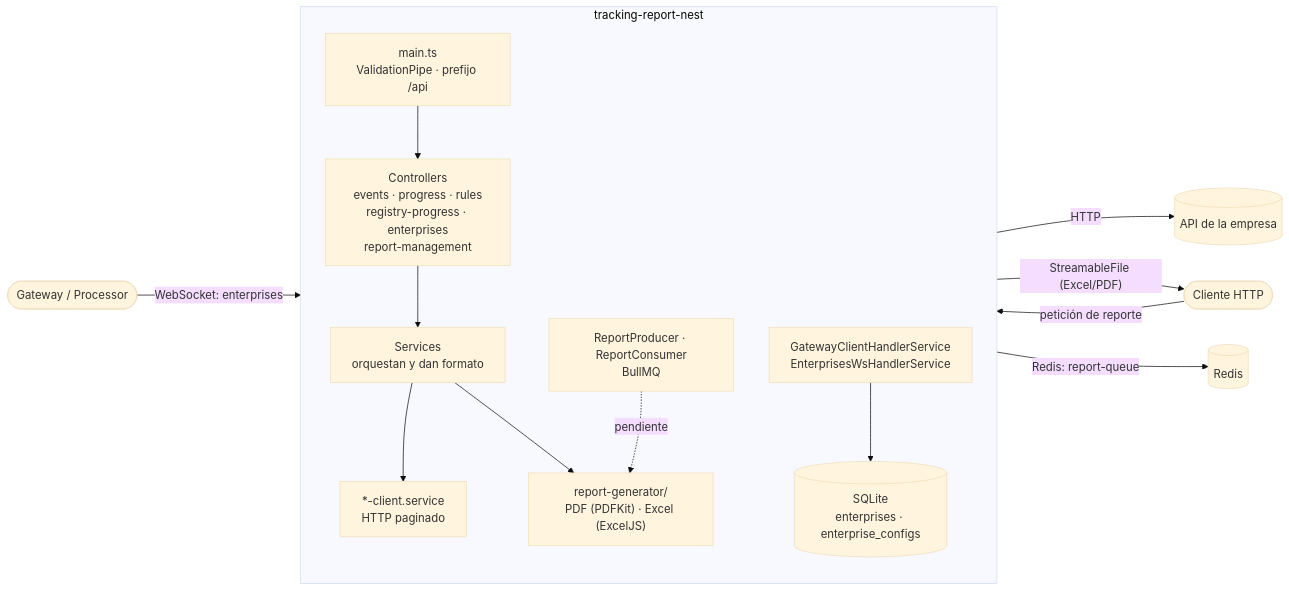
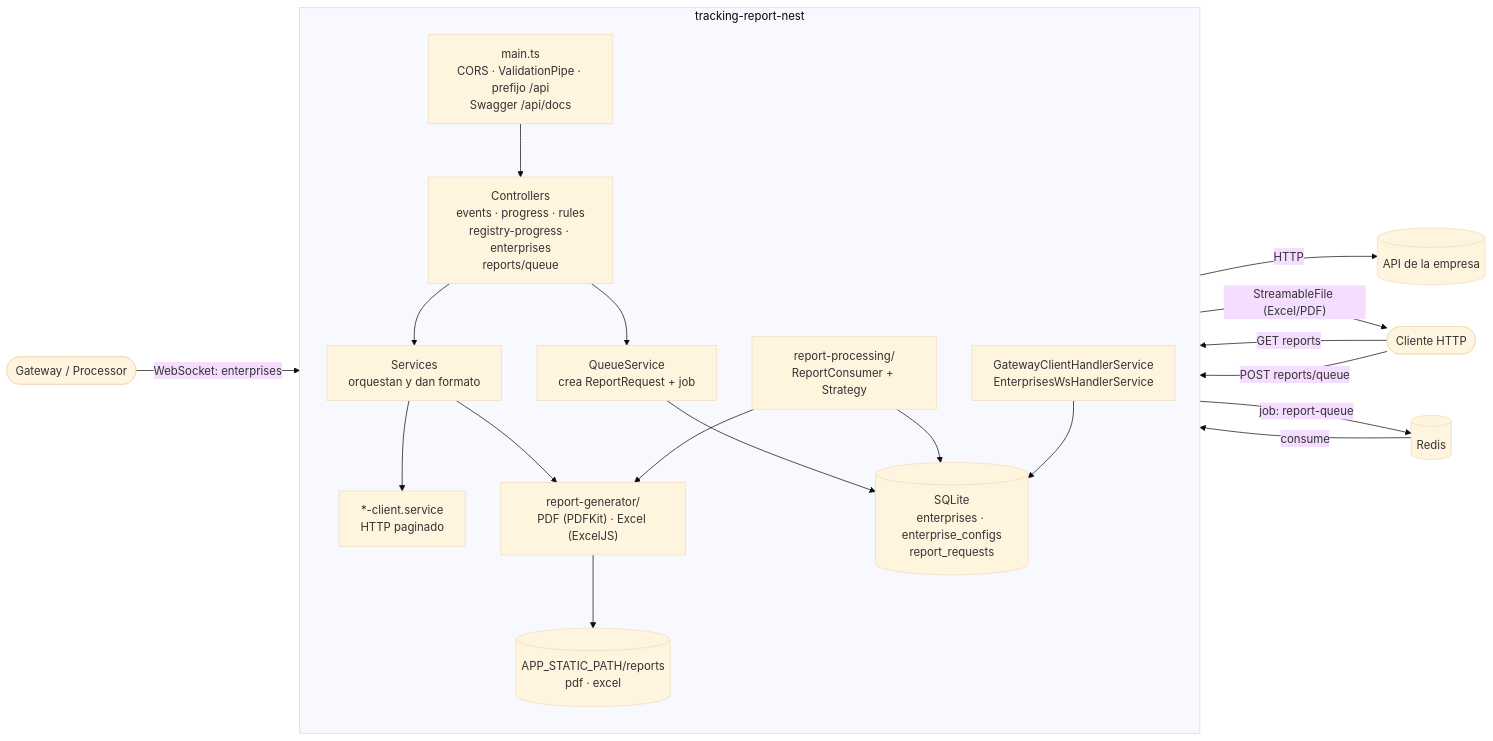
Before and after one commit to Maur025/tracking-report-nest: the first of 6 diagrams in docs/05-arquitectura.md, drawn with Mermaid (base theme). The commit also changed other lines of this file and 10 other files, not shown here.

Commit message:
docs: sync guides with queue, API, environment and testing behavior

````diff
--- a/docs/05-arquitectura.md
+++ b/docs/05-arquitectura.md
@@ -17,30 +18,38 @@
 ```mermaid
 flowchart LR
     Client([Cliente HTTP])
     Processor([Gateway / Processor])
     CompanyAPI[(API de la empresa)]
 
     subgraph TR["tracking-report-nest"]
         direction TB
-        Main["main.ts<br/>ValidationPipe · prefijo /api"]
-        Ctrl["Controllers<br/>events · progress · rules<br/>registry-progress · enterprises<br/>report-management"]
+        Main["main.ts<br/>CORS · ValidationPipe · prefijo /api<br/>Swagger /api/docs"]
+        Ctrl["Controllers<br/>events · progress · rules<br/>registry-progress · enterprises<br/>reports/queue"]
         Svc["Services<br/>orquestan y dan formato"]
+        QueueSvc["QueueService<br/>crea ReportRequest + job"]
         Clients["*-client.service<br/>HTTP paginado"]
         Report["report-generator/<br/>PDF (PDFKit) · Excel (ExcelJS)"]
+        Processing["report-processing/<br/>ReportConsumer + Strategy"]
         Ws["GatewayClientHandlerService<br/>EnterprisesWsHandlerService"]
-        Queue["ReportProducer · ReportConsumer<br/>BullMQ"]
-        DB[("SQLite<br/>enterprises · enterprise_configs")]
+        DB[("SQLite<br/>enterprises · enterprise_configs<br/>report_requests")]
+        Files[("APP_STATIC_PATH/reports<br/>pdf · excel")]
 
         Main --> Ctrl --> Svc
         Svc --> Clients
         Svc --> Report
+        Ctrl --> QueueSvc
+        QueueSvc --> DB
+        Processing --> DB
+        Processing --> Report
+        Report --> Files
         Ws --> DB
-        Queue -.->|"pendiente"| Report
     end
 
-    Client -->|"petición de reporte"| Main
+    Client -->|"GET reports"| Main
+    Client -->|"POST reports/queue"| Main
     Clients -->|"HTTP"| CompanyAPI
     Report -->|"StreamableFile (Excel/PDF)"| Client
+    QueueSvc -->|"job: report-queue"| Redis[(Redis)]
+    Redis -->|"consume"| Processing
     Processor -->|"WebSocket: enterprises"| Ws
-    Queue -->|"Redis: report-queue"| Redis[(Redis)]
 ```
````
